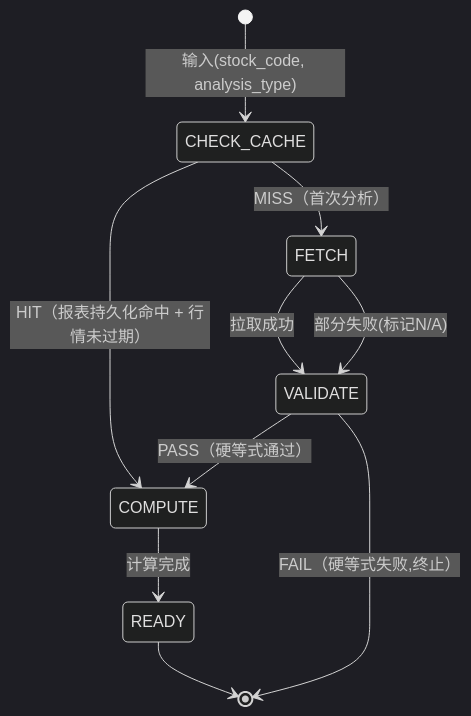
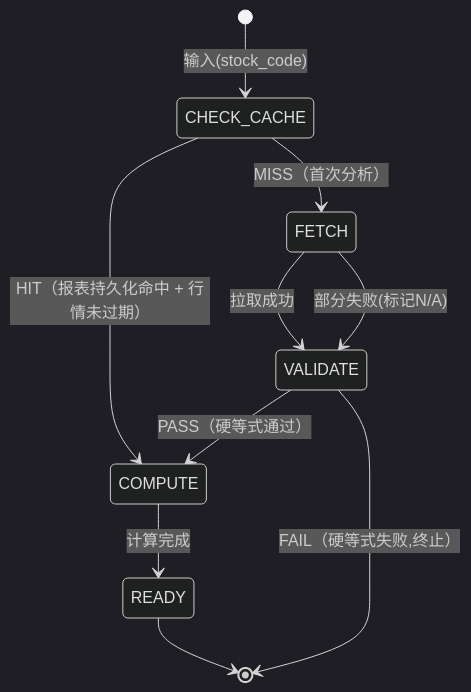
The second of 2 diagrams in docs/architecture.md (closure-guo/finance_analysis_agent), drawn with Mermaid (dark theme) before and after one commit. The commit also changed other lines of this file and 24 other files, not shown here.

````diff
--- a/docs/architecture.md
+++ b/docs/architecture.md
@@ -125,14 +206,14 @@
 ```mermaid
 stateDiagram-v2
-    [*] --> CHECK_CACHE: 输入(stock_code, analysis_type)
+    [*] --> CHECK_CACHE: 输入(stock_code)
 
     CHECK_CACHE --> COMPUTE: HIT（报表持久化命中 + 行情未过期）
     CHECK_CACHE --> FETCH: MISS（首次分析）
 
     FETCH --> VALIDATE: 拉取成功
     FETCH --> VALIDATE: 部分失败(标记N/A)
     VALIDATE --> COMPUTE: PASS（硬等式通过）
     VALIDATE --> [*]: FAIL（硬等式失败,终止）
     COMPUTE --> READY: 计算完成
     READY --> [*]
 ```
````
